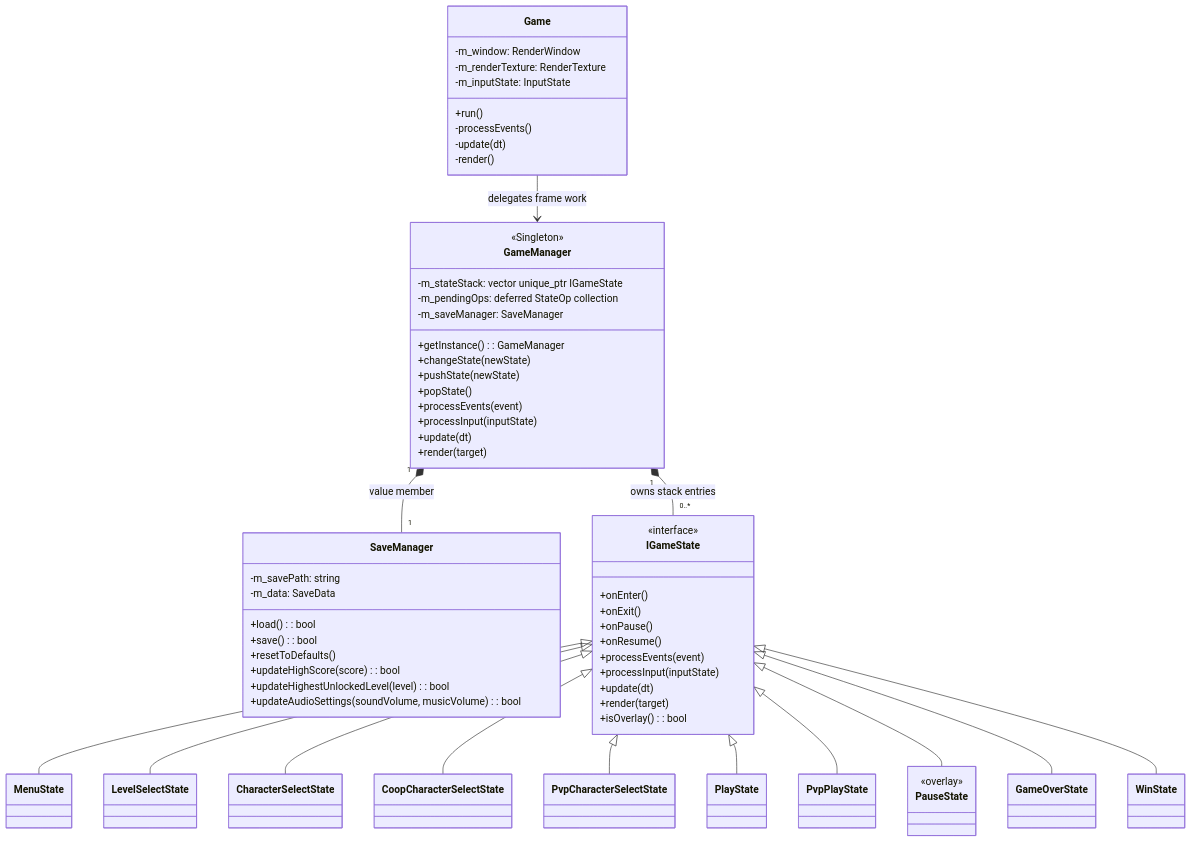
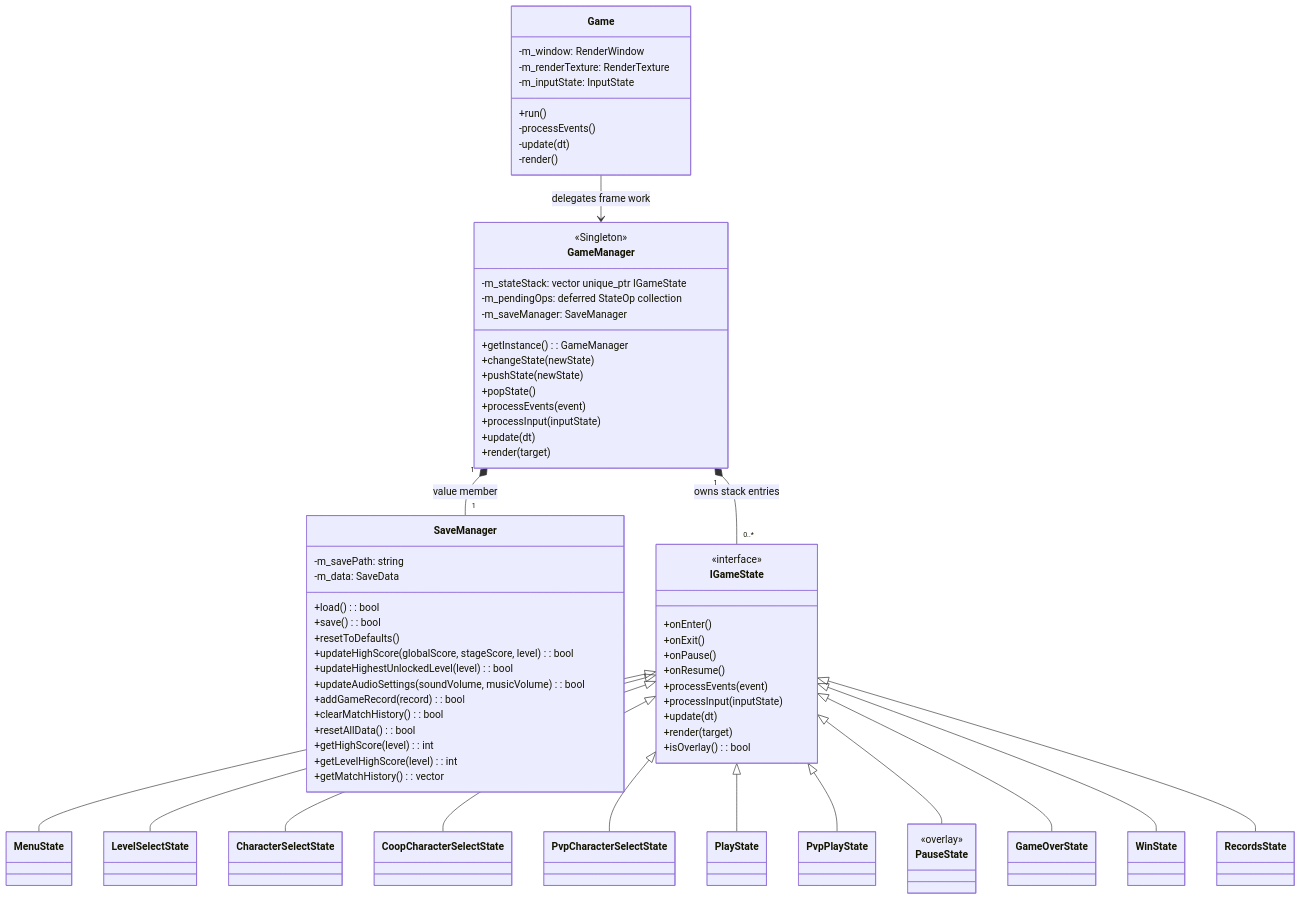
One commit to baoduong2342007/CS202-Group04-FinalProject changed the first of 9 diagrams in 03_Report/class_diagram.md. Above: the diagram before and after it, drawn with Mermaid. The commit also changed 29 other files, not shown here.

Commit message:
feat(records): add RecordsState (Hall of Fame), per-stage high scores, screenshot capture, and update reports/docs

````diff
--- a/03_Report/class_diagram.md
+++ b/03_Report/class_diagram.md
@@ -82,9 +82,15 @@
         +load(): bool
         +save(): bool
         +resetToDefaults()
-        +updateHighScore(score): bool
+        +updateHighScore(globalScore, stageScore, level): bool
         +updateHighestUnlockedLevel(level): bool
         +updateAudioSettings(soundVolume, musicVolume): bool
+        +addGameRecord(record): bool
+        +clearMatchHistory(): bool
+        +resetAllData(): bool
+        +getHighScore(level): int
+        +getLevelHighScore(level): int
+        +getMatchHistory(): vector
     }
 
     class IGameState {
@@ -112,6 +118,7 @@
     }
     class GameOverState
     class WinState
+    class RecordsState
 
     Game --> GameManager : delegates frame work
     GameManager "1" *-- "0..*" IGameState : owns stack entries
@@ -127,5 +134,6 @@
     IGameState <|-- PauseState
     IGameState <|-- GameOverState
     IGameState <|-- WinState
+    IGameState <|-- RecordsState
 
 ```
````
